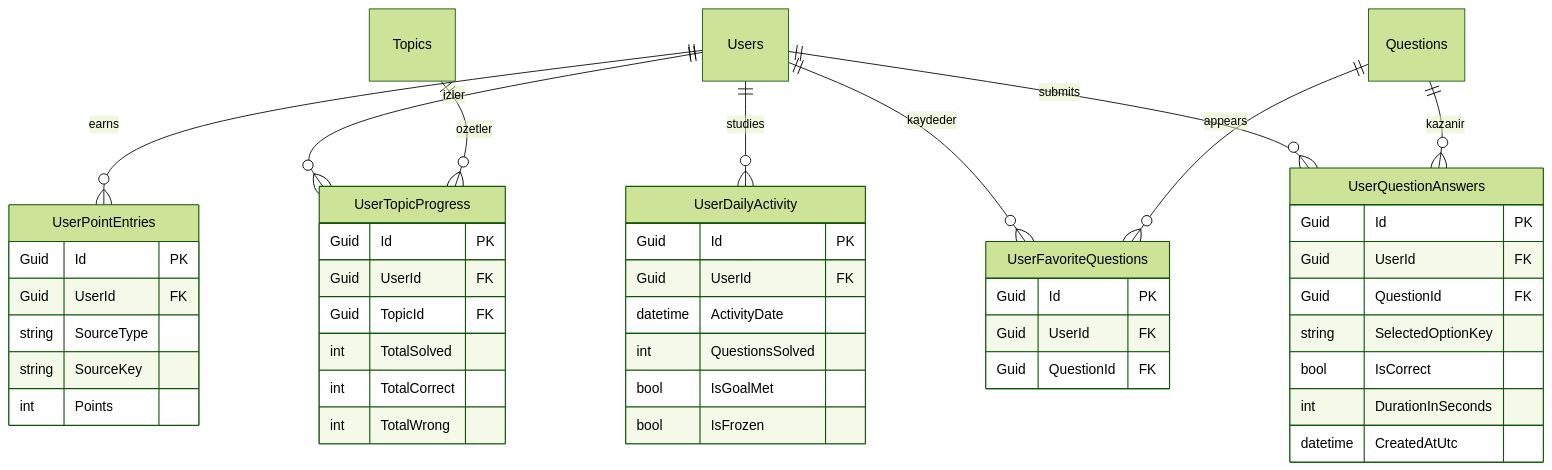
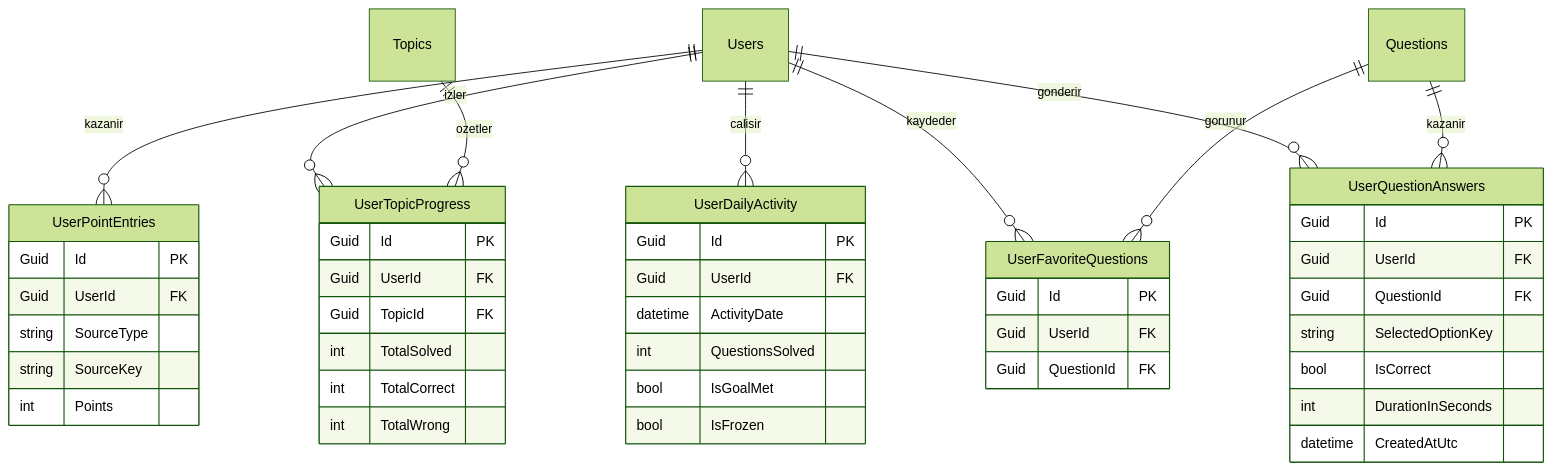
Before and after one commit to keminbtepe/KPSS-ODAK: the fourth of 12 diagrams in README.md, drawn with Mermaid (forest theme). The commit also changed other lines of this file, not shown here.

Commit message:
Localize Turkish diagram relationship labels

````diff
--- a/README.md
+++ b/README.md
@@ -433,48 +433,48 @@
 ```mermaid
 erDiagram
-    Users ||--o{ UserQuestionAnswers : submits
+    Users ||--o{ UserQuestionAnswers : gonderir
     Questions ||--o{ UserQuestionAnswers : kazanir
     Users ||--o{ UserTopicProgress : izler
     Topics ||--o{ UserTopicProgress : ozetler
-    Users ||--o{ UserDailyActivity : studies
-    Users ||--o{ UserPointEntries : earns
+    Users ||--o{ UserDailyActivity : calisir
+    Users ||--o{ UserPointEntries : kazanir
     Users ||--o{ UserFavoriteQuestions : kaydeder
-    Questions ||--o{ UserFavoriteQuestions : appears
+    Questions ||--o{ UserFavoriteQuestions : gorunur
     UserQuestionAnswers {
         Guid Id PK
         Guid UserId FK
         Guid QuestionId FK
         string SelectedOptionKey
         bool IsCorrect
         int DurationInSeconds
         datetime CreatedAtUtc
     }
     UserTopicProgress {
         Guid Id PK
         Guid UserId FK
         Guid TopicId FK
         int TotalSolved
         int TotalCorrect
         int TotalWrong
     }
     UserDailyActivity {
         Guid Id PK
         Guid UserId FK
         datetime ActivityDate
         int QuestionsSolved
         bool IsGoalMet
         bool IsFrozen
     }
     UserPointEntries {
         Guid Id PK
         Guid UserId FK
         string SourceType
         string SourceKey
         int Points
     }
     UserFavoriteQuestions {
         Guid Id PK
         Guid UserId FK
         Guid QuestionId FK
     }
 ```
````
